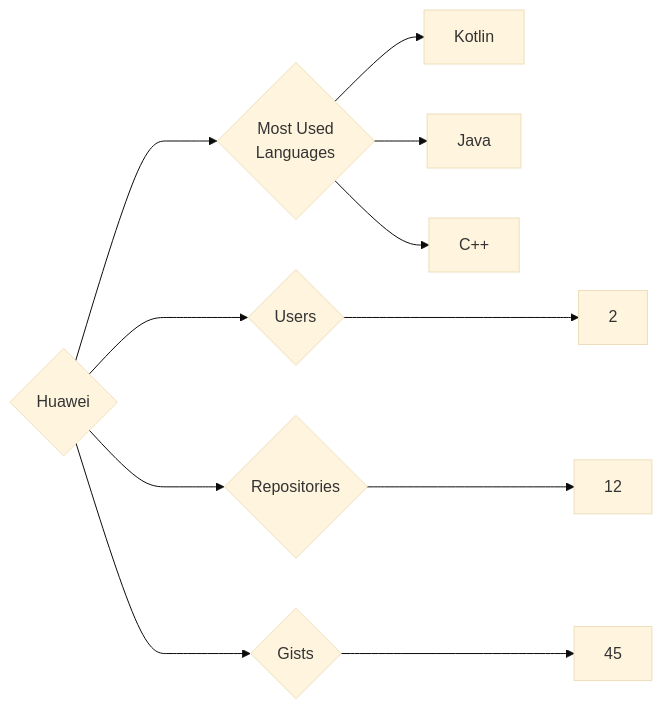
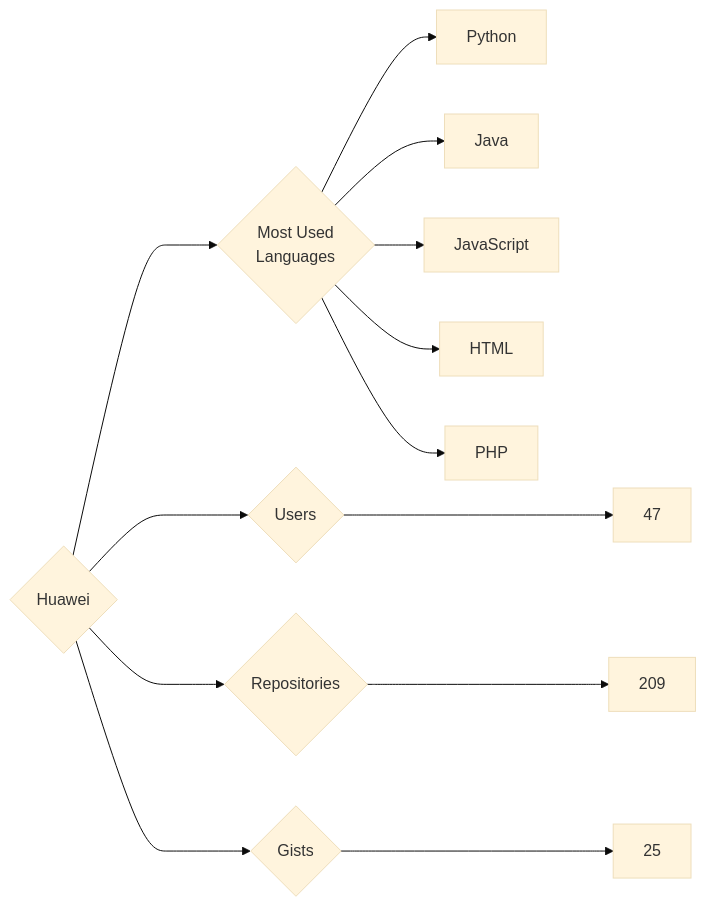
Before and after one commit to trickest/insiders: the diagram in targets/Huawei/README.md, drawn with Mermaid (base theme). The commit also changed 891 other files, not shown here.

````diff
--- a/targets/Huawei/README.md
+++ b/targets/Huawei/README.md
@@ -3,11 +3,13 @@
 ```mermaid
 graph LR
 COMPANY_NAME{Huawei}
-COMPANY_NAME ---> U{Users} ---> UN[2]
-COMPANY_NAME ---> R{Repositories} ---> RN[12]
-COMPANY_NAME ---> G{Gists} ---> GN[45]
+COMPANY_NAME ---> U{Users} ---> UN[47]
+COMPANY_NAME ---> R{Repositories} ---> RN[209]
+COMPANY_NAME ---> G{Gists} ---> GN[25]
 COMPANY_NAME ---> ML{Most Used<br>Languages}
-ML --> Kotlin[Kotlin]
+ML --> Python[Python]
 ML --> Java[Java]
-ML --> C++[C++]
+ML --> JavaScript[JavaScript]
+ML --> HTML[HTML]
+ML --> PHP[PHP]
 ```
````
